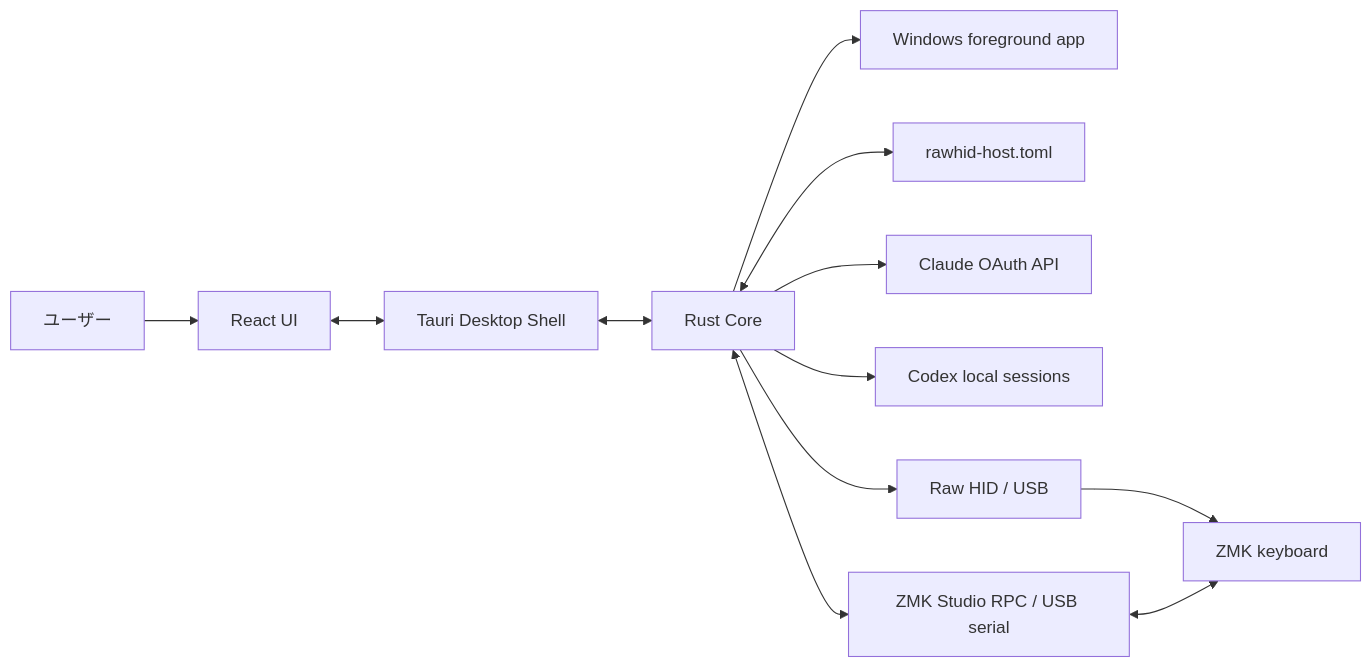
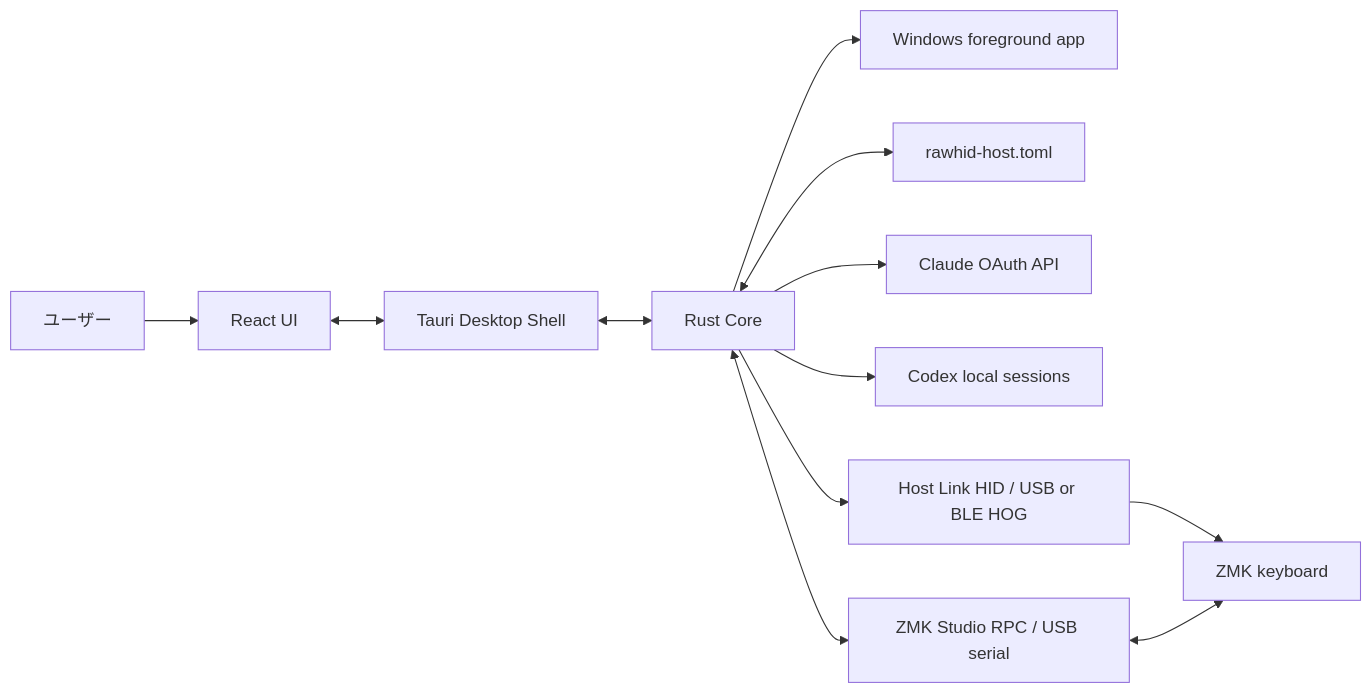
The first of 4 diagrams in docs/technology-overview.md (hrmt-lab/Keylink-Studio), drawn with Mermaid before and after one commit. The commit also changed other lines of this file and 18 other files, not shown here.

Commit message:
Add BLE Host Link support

````diff
--- a/docs/technology-overview.md
+++ b/docs/technology-overview.md
@@ -23,14 +23,14 @@
 ```mermaid
 flowchart LR
     User["ユーザー"] --> UI["React UI"]
     UI <--> Tauri["Tauri Desktop Shell"]
     Tauri <--> Rust["Rust Core"]
     Rust --> Windows["Windows foreground app"]
     Rust <--> Config["rawhid-host.toml"]
     Rust --> Claude["Claude OAuth API"]
     Rust --> Codex["Codex local sessions"]
-    Rust --> HID["Raw HID / USB"]
+    Rust --> HID["Host Link HID / USB or BLE HOG"]
     HID --> Keyboard["ZMK keyboard"]
     Rust <--> Studio["ZMK Studio RPC / USB serial"]
     Studio <--> Keyboard
 ```
````
